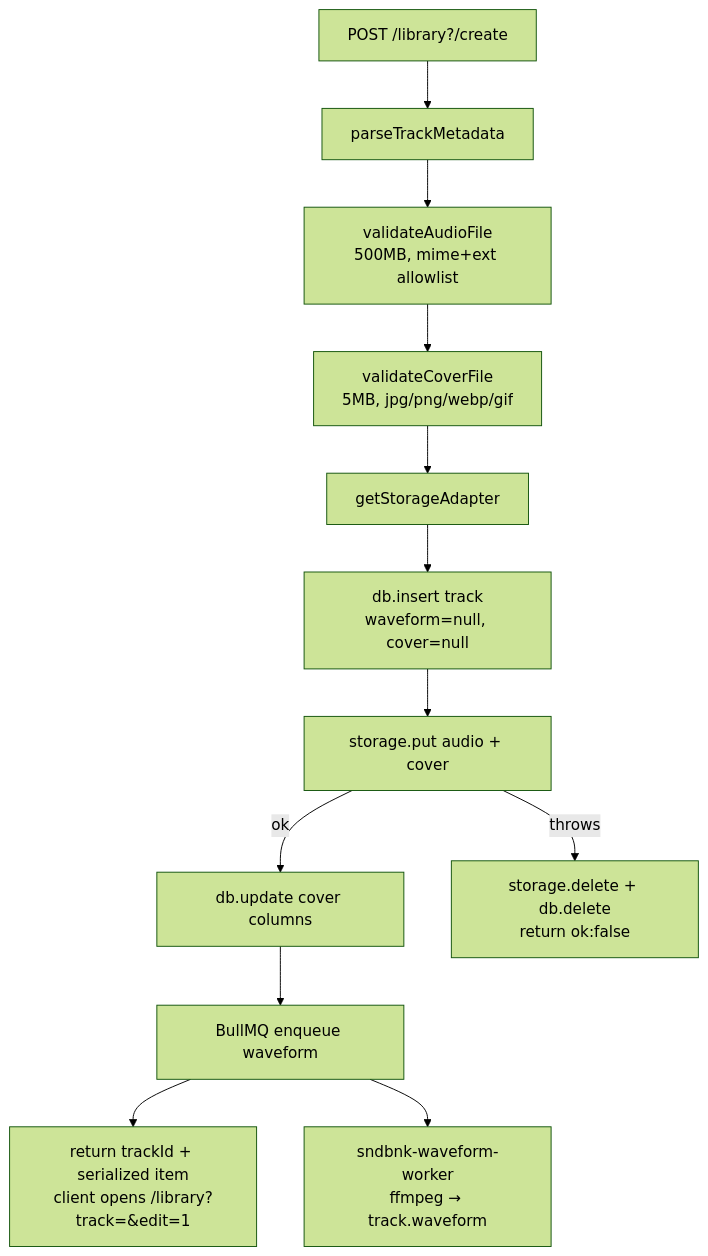
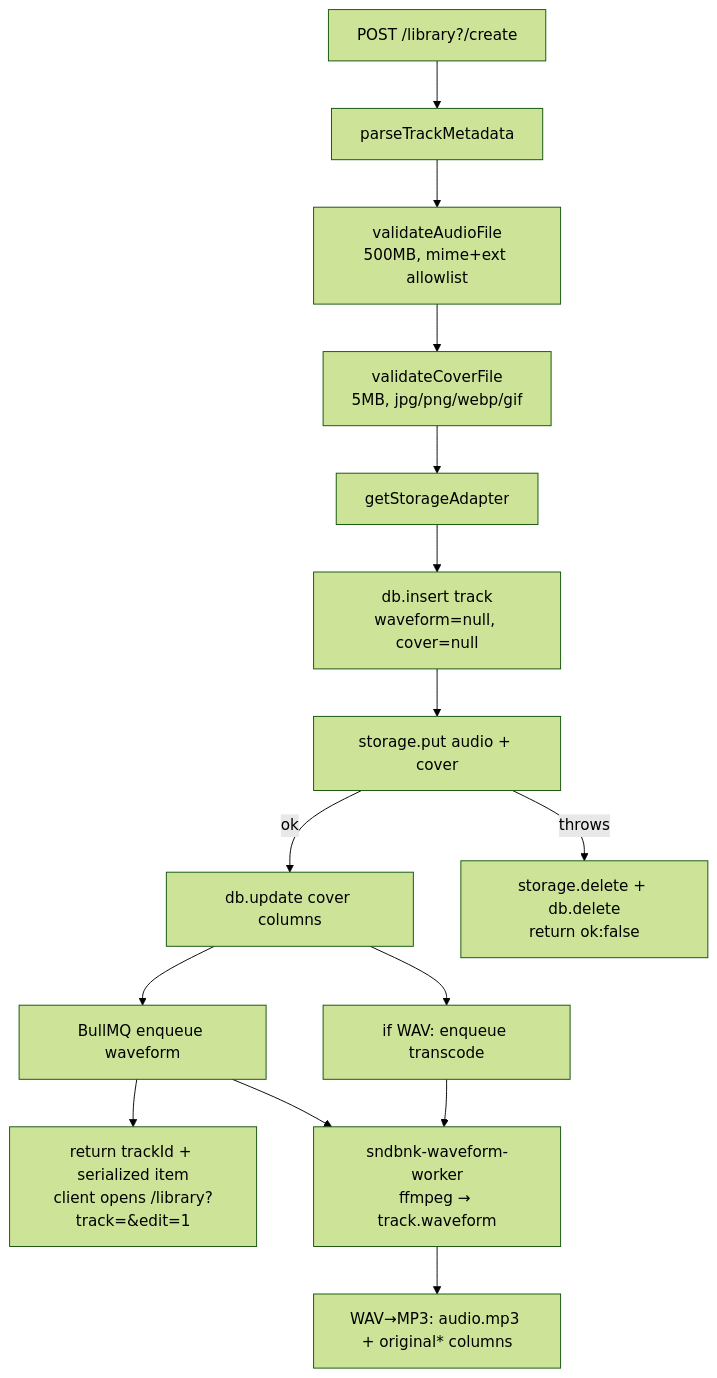
One commit to spreadsheetsusa/sndbnk changed the diagram in docs/media-and-storage.md. Above: the diagram before and after it, drawn with Mermaid (forest theme). The commit also changed other lines of this file and 20 other files, not shown here.

````diff
--- a/docs/media-and-storage.md
+++ b/docs/media-and-storage.md
@@ -104,14 +108,17 @@
 ```mermaid
 flowchart TD
   form["POST /library?/create"] --> meta["parseTrackMetadata"]
   meta --> audio["validateAudioFile<br/>500MB, mime+ext allowlist"]
   audio --> cover["validateCoverFile<br/>5MB, jpg/png/webp/gif"]
   cover --> resolve["getStorageAdapter"]
   resolve --> insert["db.insert track<br/>waveform=null, cover=null"]
   insert --> put["storage.put audio + cover"]
   put -->|ok| coverCols["db.update cover columns"]
   coverCols --> enqueue["BullMQ enqueue waveform"]
+  coverCols --> xcode["if WAV: enqueue transcode"]
   enqueue --> done["return trackId + serialized item<br/>client opens /library?track=&edit=1"]
   put -->|throws| rollback["storage.delete + db.delete<br/>return ok:false"]
   enqueue --> worker["sndbnk-waveform-worker<br/>ffmpeg → track.waveform"]
+  xcode --> worker
+  worker --> mp3["WAV→MP3: audio.mp3 + original* columns"]
 ```
````
